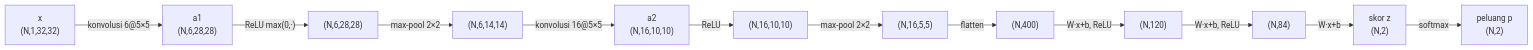
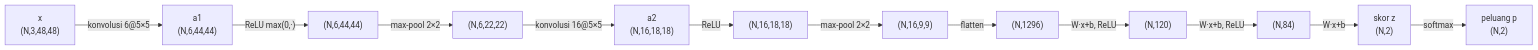
One commit to arisros/pothole-detection changed the diagram in docs/02-forward-pass.md. Above: the diagram before and after it, drawn with Mermaid. The commit also changed other lines of this file and 9 other files, not shown here.

````diff
--- a/docs/02-forward-pass.md
+++ b/docs/02-forward-pass.md
@@ -9,14 +9,14 @@
 ```mermaid
 flowchart LR
-    X["x<br/>(N,1,32,32)"] -->|"konvolusi 6@5×5"| H1["a1<br/>(N,6,28,28)"]
-    H1 -->|"ReLU max(0,·)"| H1r["(N,6,28,28)"]
-    H1r -->|"max-pool 2×2"| H2["(N,6,14,14)"]
-    H2 -->|"konvolusi 16@5×5"| H3["a2<br/>(N,16,10,10)"]
-    H3 -->|"ReLU"| H3r["(N,16,10,10)"]
-    H3r -->|"max-pool 2×2"| H4["(N,16,5,5)"]
-    H4 -->|"flatten"| V["(N,400)"]
+    X["x<br/>(N,3,48,48)"] -->|"konvolusi 6@5×5"| H1["a1<br/>(N,6,44,44)"]
+    H1 -->|"ReLU max(0,·)"| H1r["(N,6,44,44)"]
+    H1r -->|"max-pool 2×2"| H2["(N,6,22,22)"]
+    H2 -->|"konvolusi 16@5×5"| H3["a2<br/>(N,16,18,18)"]
+    H3 -->|"ReLU"| H3r["(N,16,18,18)"]
+    H3r -->|"max-pool 2×2"| H4["(N,16,9,9)"]
+    H4 -->|"flatten"| V["(N,1296)"]
     V -->|"W·x+b, ReLU"| F1["(N,120)"]
     F1 -->|"W·x+b, ReLU"| F2["(N,84)"]
     F2 -->|"W·x+b"| Z["skor z<br/>(N,2)"]
     Z -->|"softmax"| P["peluang p<br/>(N,2)"]
 ```
````
